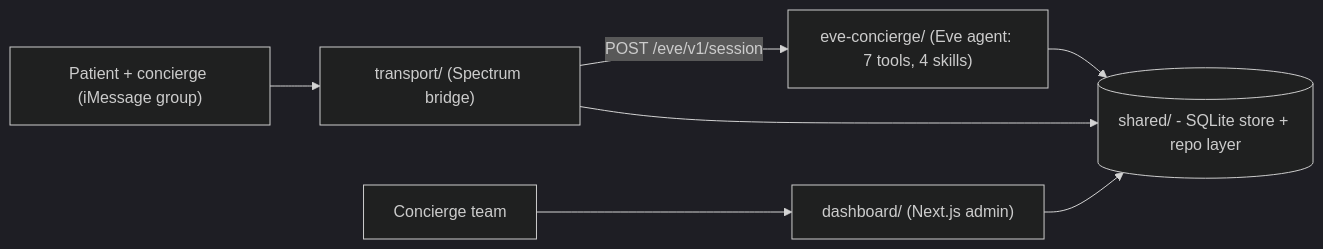
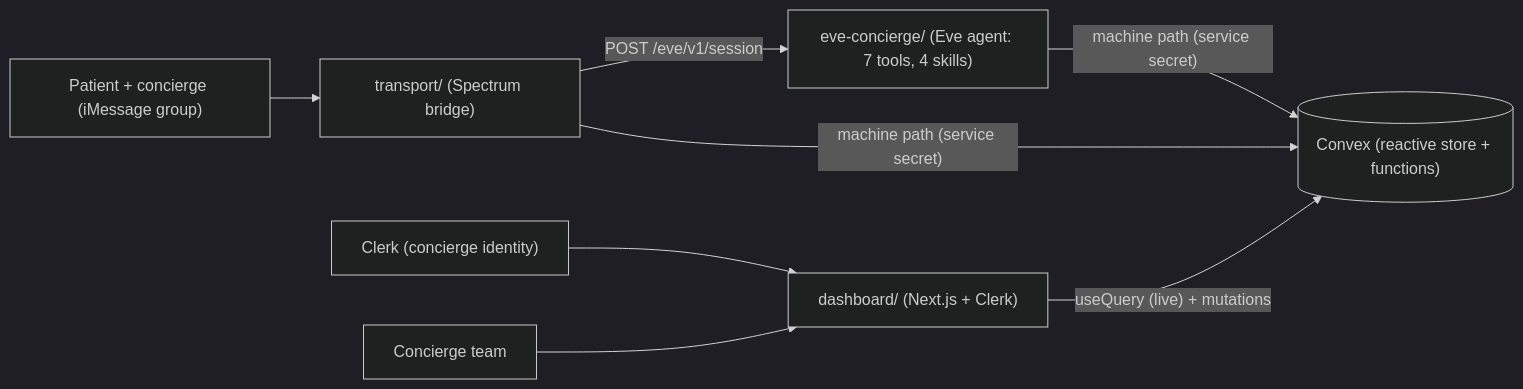
One commit to raztronaut/essos-ai-health-concierge changed the diagram in README.md. Above: the diagram before and after it, drawn with Mermaid (dark theme). The commit also changed other lines of this file and 102 other files, not shown here.

First line of the commit message:
feat: Convex/Clerk replatform + medical tourism prep guide asset

````diff
--- a/README.md
+++ b/README.md
@@ -11,11 +11,12 @@
 ```mermaid
 flowchart LR
   Patient["Patient + concierge (iMessage group)"] --> Transport
   Transport["transport/ (Spectrum bridge)"] -->|"POST /eve/v1/session"| Eve
-  Eve["eve-concierge/ (Eve agent: 7 tools, 4 skills)"] --> Shared
+  Eve["eve-concierge/ (Eve agent: 7 tools, 4 skills)"] -->|"machine path (service secret)"| Convex
   %% built-in bash/web_fetch/etc. tools are disabled for the patient-facing agent (ADR 009)
-  Transport --> Shared
-  Shared[("shared/ - SQLite store + repo layer")]
-  Dashboard["dashboard/ (Next.js admin)"] --> Shared
+  Transport -->|"machine path (service secret)"| Convex
+  Convex[("Convex (reactive store + functions)")]
+  Dashboard["dashboard/ (Next.js + Clerk)"] -->|"useQuery (live) + mutations"| Convex
+  Clerk["Clerk (concierge identity)"] --> Dashboard
   Human["Concierge team"] --> Dashboard
 ```
````
